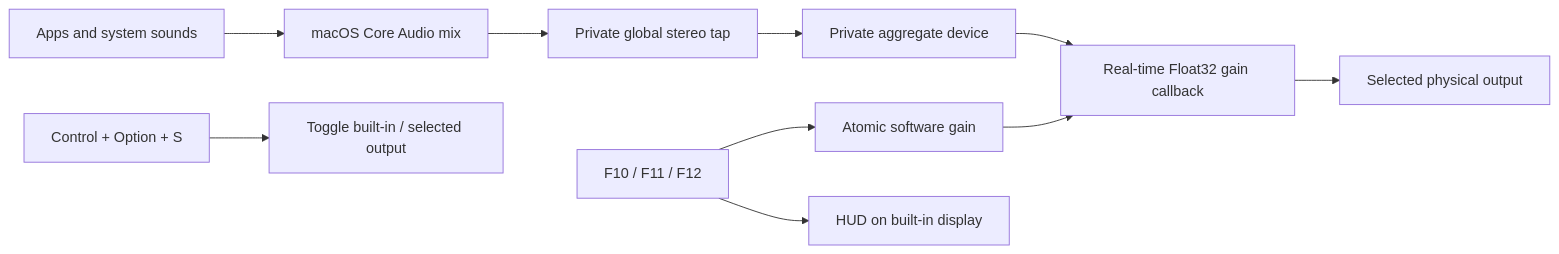
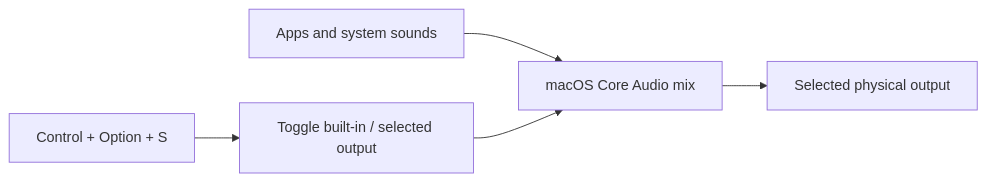
One commit to utsabfdahal/VoluMAC changed the diagram in README.md. Above: the diagram before and after it, drawn with Mermaid. The commit also changed other lines of this file, not shown here.

First line of the commit message:
docs: document direct-output safe mode

````diff
--- a/README.md
+++ b/README.md
@@ -33,12 +28,7 @@
 ```mermaid
 flowchart LR
     A[Apps and system sounds] --> B[macOS Core Audio mix]
-    B --> C[Private global stereo tap]
-    C --> D[Private aggregate device]
-    D --> E[Real-time Float32 gain callback]
-    E --> F[Selected physical output]
-    G[F10 / F11 / F12] --> H[Atomic software gain]
-    G --> I[HUD on built-in display]
-    H --> E
-    J[Control + Option + S] --> K[Toggle built-in / selected output]
+  B --> C[Selected physical output]
+  D[Control + Option + S] --> E[Toggle built-in / selected output]
+  E --> B
 ```
````
